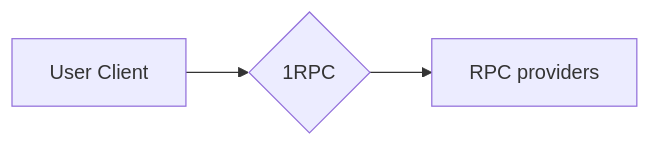
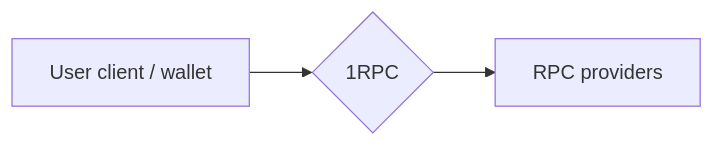
The diagram in docs/1rpc/introduction.md (automata-network/docs), drawn with Mermaid before and after one commit. The commit also changed other lines of this file and 2 other files, not shown here.

````diff
--- a/docs/1rpc/introduction.md
+++ b/docs/1rpc/introduction.md
@@ -7,5 +7,5 @@
 ``` mermaid
 graph LR
-  A[User Client] --> B{1RPC};
+  A[User client / wallet] --> B{1RPC};
   B -->C[RPC providers];
 ```
````
